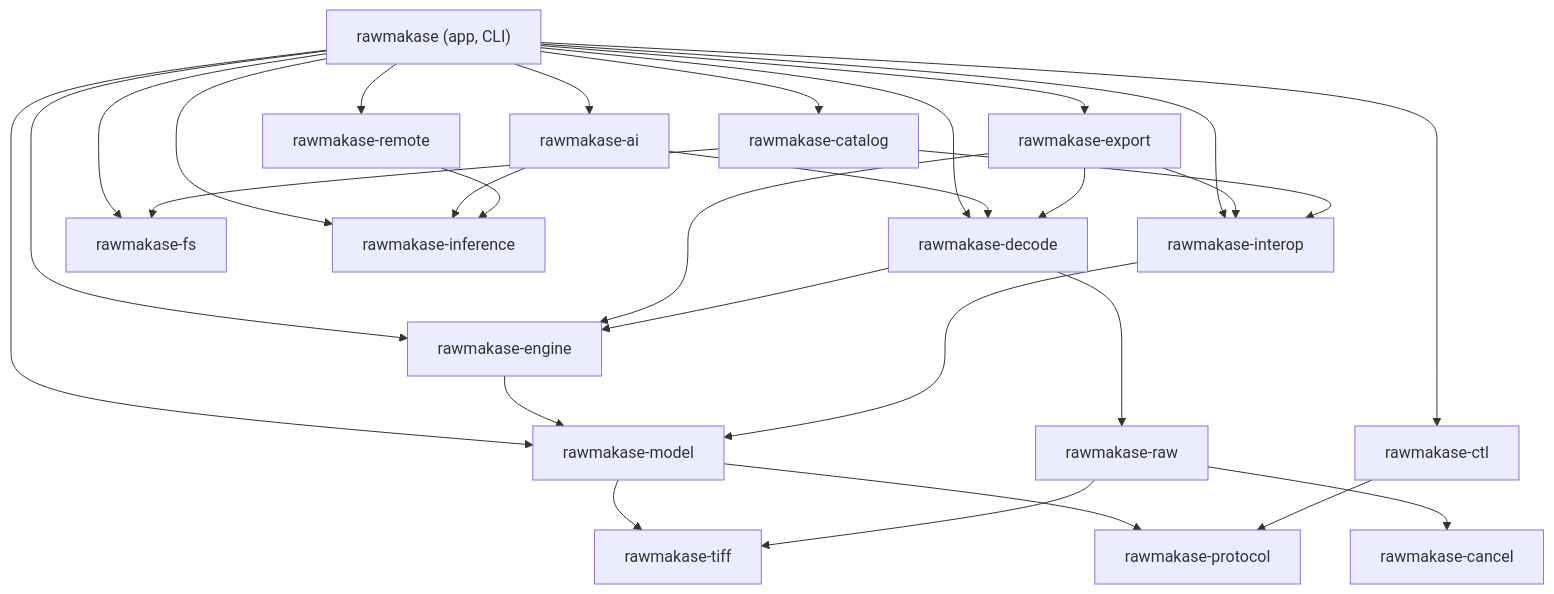
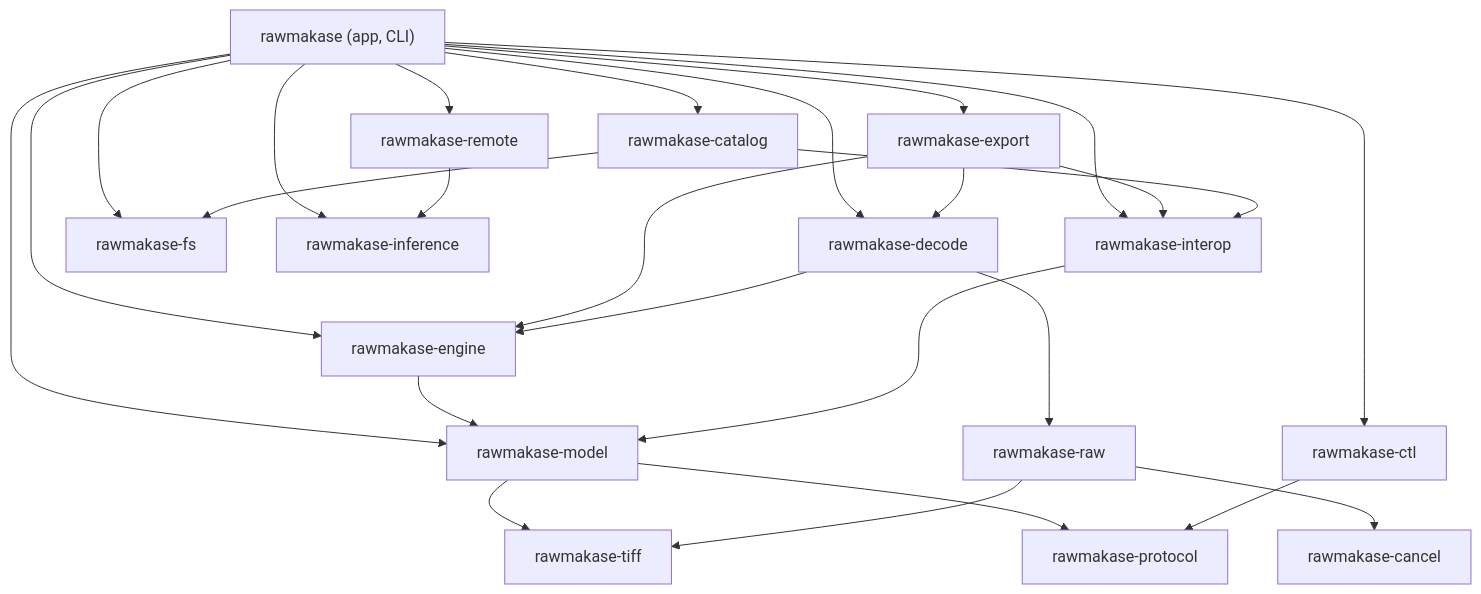
Before and after one commit to ljbergmann/rawmakase: the diagram in docs/architecture.md, drawn with Mermaid. The commit also changed other lines of this file and 25 other files, not shown here.

````diff
--- a/docs/architecture.md
+++ b/docs/architecture.md
@@ -15,32 +15,30 @@
 ```mermaid
 flowchart TD
     app["rawmakase (app, CLI)"]
     export[rawmakase-export]
     decode[rawmakase-decode]
     catalog[rawmakase-catalog]
     engine[rawmakase-engine]
     interop[rawmakase-interop]
     model[rawmakase-model]
     raw[rawmakase-raw]
     tiff[rawmakase-tiff]
     cancel[rawmakase-cancel]
     fs[rawmakase-fs]
     protocol[rawmakase-protocol]
     ctl[rawmakase-ctl]
     remote[rawmakase-remote]
     inference[rawmakase-inference]
-    ai[rawmakase-ai]
 
     app --> export & decode & catalog & engine & interop & model
-    app --> ctl & remote & inference & fs & ai
-    ai --> decode & inference
+    app --> ctl & remote & inference & fs
     export --> decode & engine & interop
     decode --> engine & raw
     catalog --> interop & fs
     engine --> model
     interop --> model
     model --> tiff & protocol
     raw --> tiff & cancel
     ctl --> protocol
     remote --> inference
 ```
````
